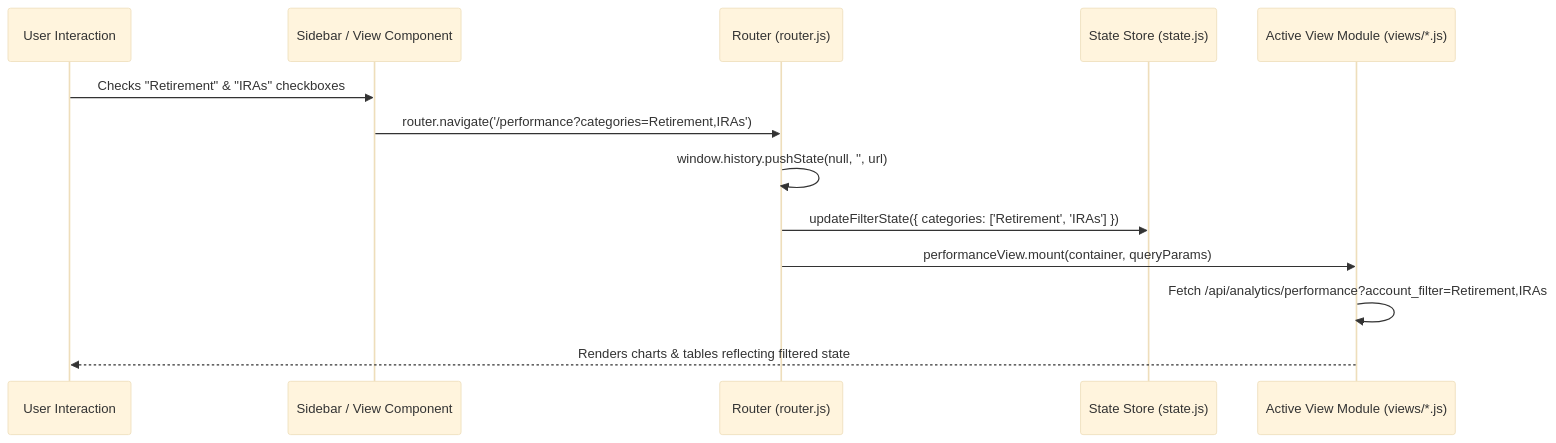
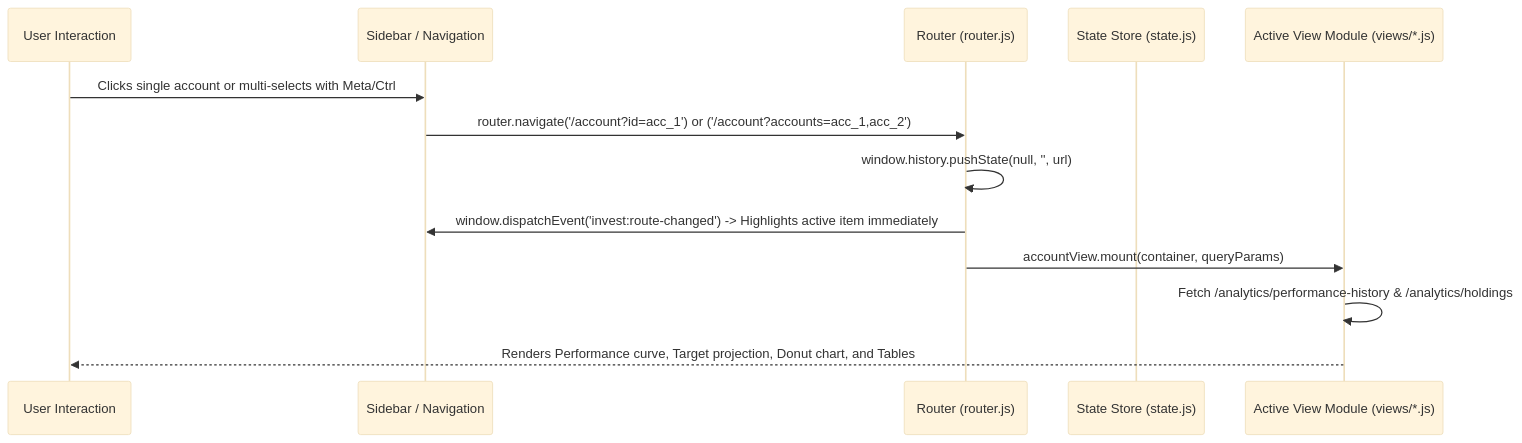
Before and after one commit to bryanjacquot/invest: the diagram in specs/FRONTEND_PLAN.md, drawn with Mermaid (base theme). The commit also changed other lines of this file and 3 other files, not shown here.

````diff
--- a/specs/FRONTEND_PLAN.md
+++ b/specs/FRONTEND_PLAN.md
@@ -61,16 +61,16 @@
 ```mermaid
 sequenceDiagram
     participant User as User Interaction
-    participant Sidebar as Sidebar / View Component
+    participant Sidebar as Sidebar / Navigation
     participant Router as Router (router.js)
     participant State as State Store (state.js)
     participant View as Active View Module (views/*.js)
 
-    User->>Sidebar: Checks "Retirement" & "IRAs" checkboxes
-    Sidebar->>Router: router.navigate('/performance?categories=Retirement,IRAs')
+    User->>Sidebar: Clicks single account or multi-selects with Meta/Ctrl
+    Sidebar->>Router: router.navigate('/account?id=acc_1') or ('/account?accounts=acc_1,acc_2')
     Router->>Router: window.history.pushState(null, '', url)
-    Router->>State: updateFilterState({ categories: ['Retirement', 'IRAs'] })
-    Router->>View: performanceView.mount(container, queryParams)
-    View->>View: Fetch /api/analytics/performance?account_filter=Retirement,IRAs
-    View-->>User: Renders charts & tables reflecting filtered state
+    Router->>Sidebar: window.dispatchEvent('invest:route-changed') -> Highlights active item immediately
+    Router->>View: accountView.mount(container, queryParams)
+    View->>View: Fetch /analytics/performance-history & /analytics/holdings
+    View-->>User: Renders Performance curve, Target projection, Donut chart, and Tables
 ```
````
